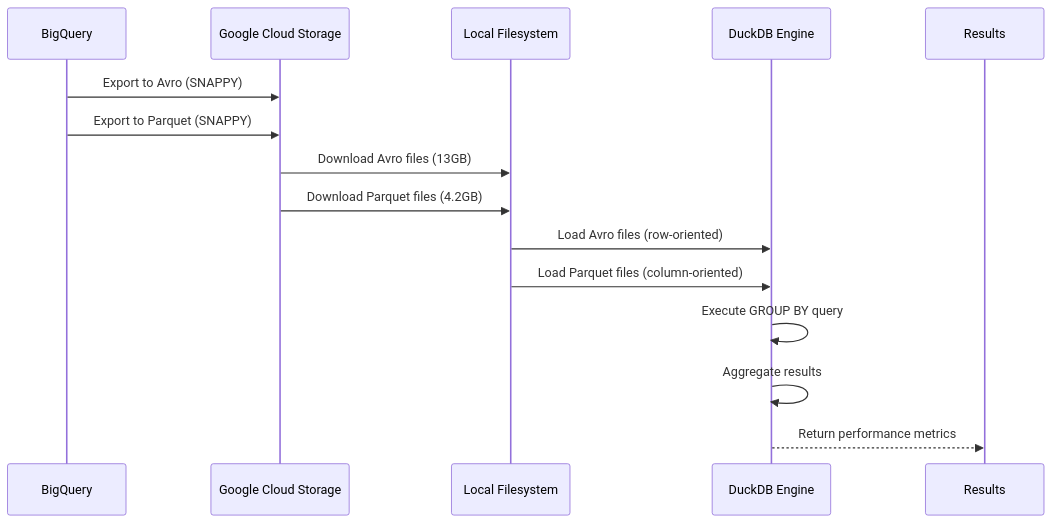
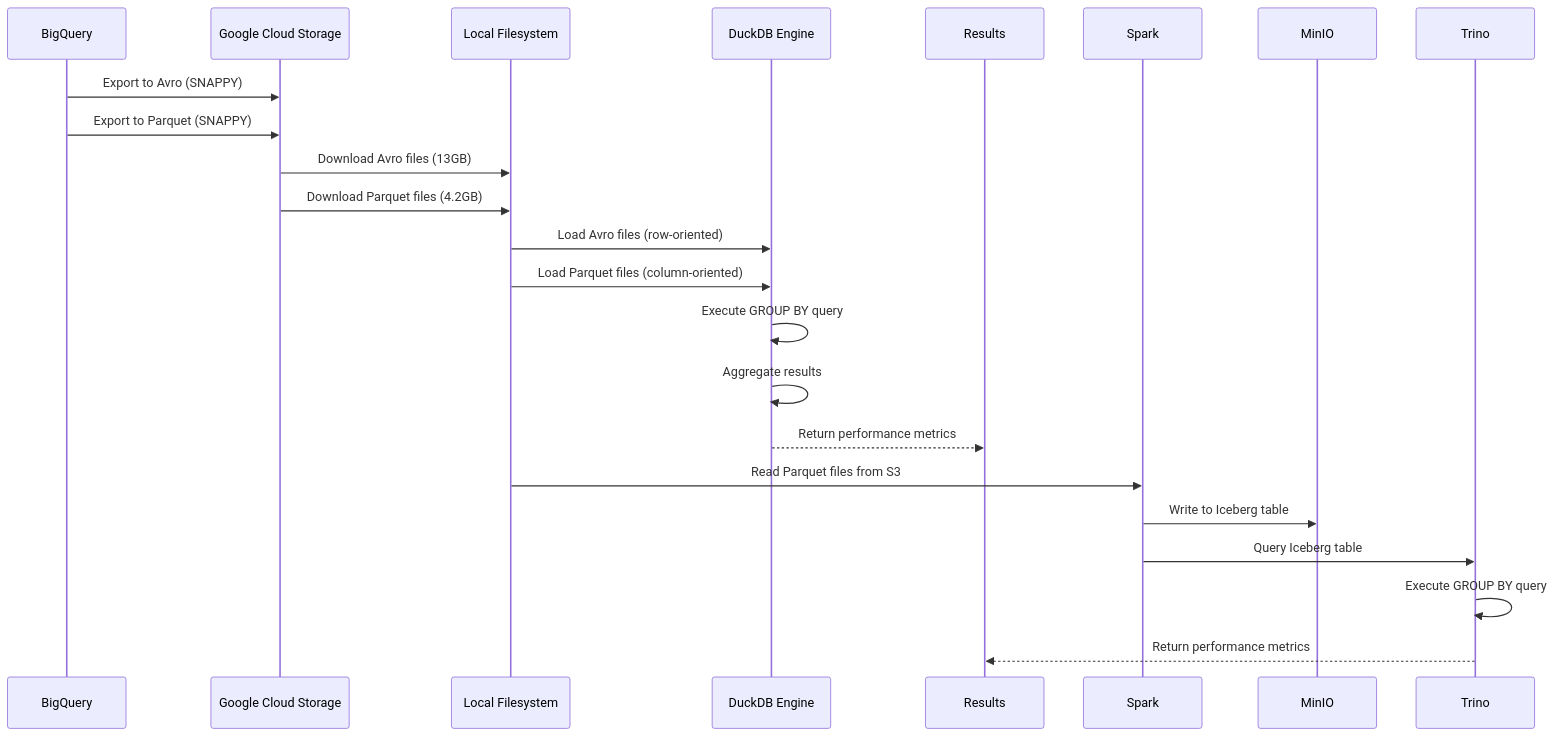
Before and after one commit to vb140772/aistor_and_lakehouse: the third of 5 diagrams in TECHNICAL_OVERVIEW.md, drawn with Mermaid. The commit also changed other lines of this file and 3 other files, not shown here.

Commit message:
Update requirements and enhance technical overview with new dependencies and performance comparisons. Added Trino, Boto3, and PyArrow to requirements. Updated data volume and accuracy metrics, included query engine comparisons between DuckDB and Trino/Iceberg, and refined architecture details.

````diff
--- a/TECHNICAL_OVERVIEW.md
+++ b/TECHNICAL_OVERVIEW.md
@@ -86,17 +99,23 @@
 ```mermaid
 sequenceDiagram
     participant BQ as BigQuery
     participant GCS as Google Cloud Storage
     participant Local as Local Filesystem
     participant DuckDB as DuckDB Engine
     
     BQ->>GCS: Export to Avro (SNAPPY)
     BQ->>GCS: Export to Parquet (SNAPPY)
     GCS->>Local: Download Avro files (13GB)
     GCS->>Local: Download Parquet files (4.2GB)
     Local->>DuckDB: Load Avro files (row-oriented)
     Local->>DuckDB: Load Parquet files (column-oriented)
     DuckDB->>DuckDB: Execute GROUP BY query
     DuckDB->>DuckDB: Aggregate results
     DuckDB-->>Results: Return performance metrics
+    
+    Local->>Spark: Read Parquet files from S3
+    Spark->>MinIO: Write to Iceberg table
+    Spark->>Trino: Query Iceberg table
+    Trino->>Trino: Execute GROUP BY query
+    Trino-->>Results: Return performance metrics
 ```
````
